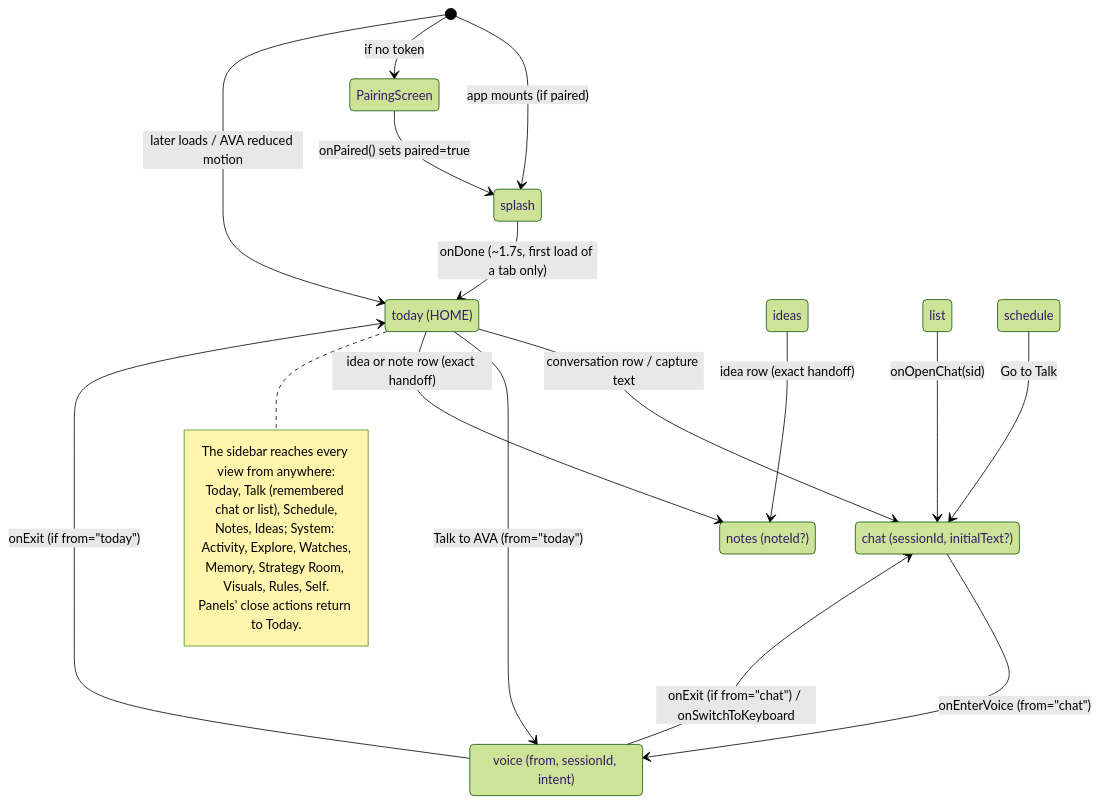
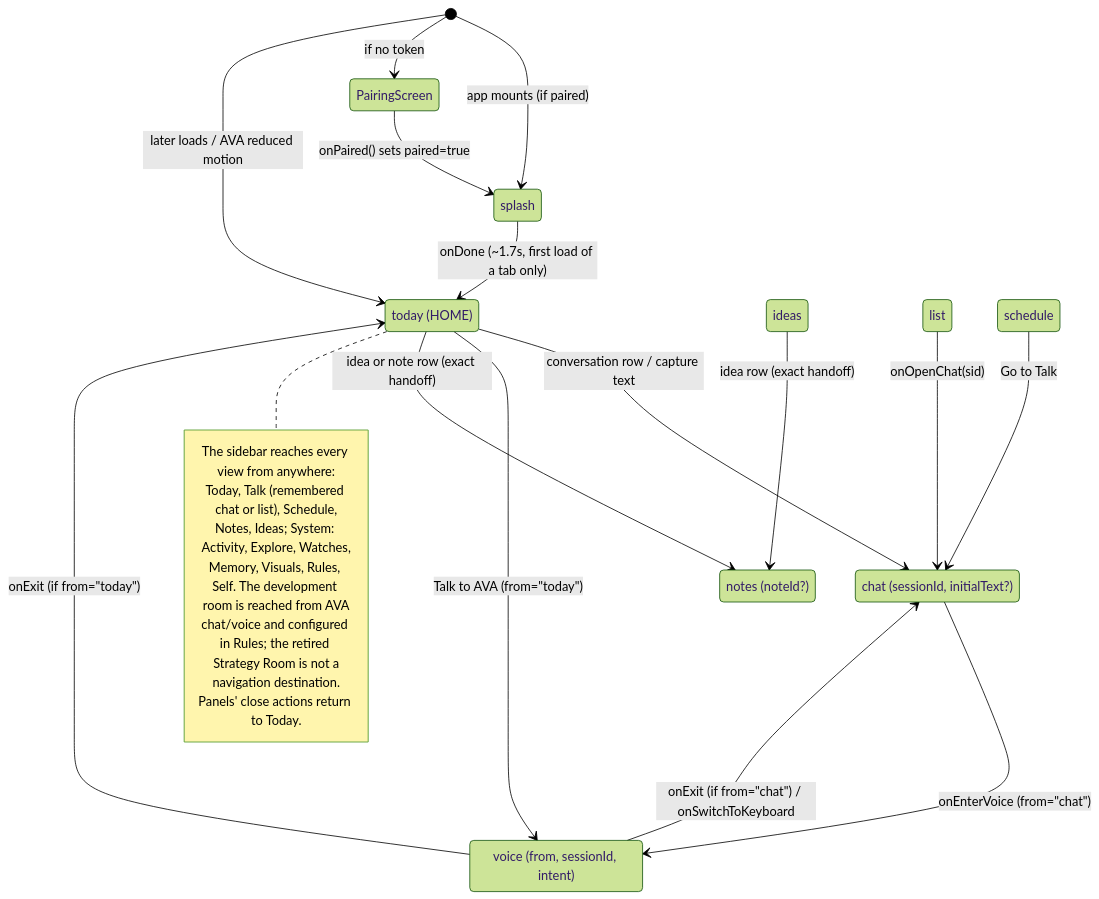
One commit to NikoloziGagua/AVA changed the first of 2 diagrams in docs/architecture/09-web-frontend.md. Above: the diagram before and after it, drawn with Mermaid (forest theme). The commit also changed 11 other files, not shown here.

Commit message:
refactor(agentroom): retire legacy strategy room

````diff
--- a/docs/architecture/09-web-frontend.md
+++ b/docs/architecture/09-web-frontend.md
@@ -65,34 +65,36 @@
 ```mermaid
 stateDiagram-v2
     [*] --> splash : app mounts (if paired)
     [*] --> PairingScreen : if no token
     PairingScreen --> splash : onPaired() sets paired=true
 
     splash --> today : onDone (~1.7s, first load of a tab only)
     [*] --> today : later loads / AVA reduced motion
 
     state "today (HOME)" as today
     state "chat (sessionId, initialText?)" as chat
     state "voice (from, sessionId, intent)" as voice
     state "notes (noteId?)" as notes
 
     today --> chat : conversation row / capture text
     today --> voice : Talk to AVA (from="today")
     today --> notes : idea or note row (exact handoff)
     ideas --> notes : idea row (exact handoff)
 
     chat --> voice : onEnterVoice (from="chat")
     voice --> chat : onExit (if from="chat") / onSwitchToKeyboard
     voice --> today : onExit (if from="today")
 
     list --> chat : onOpenChat(sid)
     schedule --> chat : Go to Talk
 
     note right of today
       The sidebar reaches every view from anywhere:
       Today, Talk (remembered chat or list), Schedule,
       Notes, Ideas; System: Activity, Explore, Watches,
-      Memory, Strategy Room, Visuals, Rules, Self.
+      Memory, Visuals, Rules, Self. The development room is reached from AVA
+      chat/voice and configured in Rules; the retired Strategy Room is not a
+      navigation destination.
       Panels' close actions return to Today.
     end note
 ```
````
